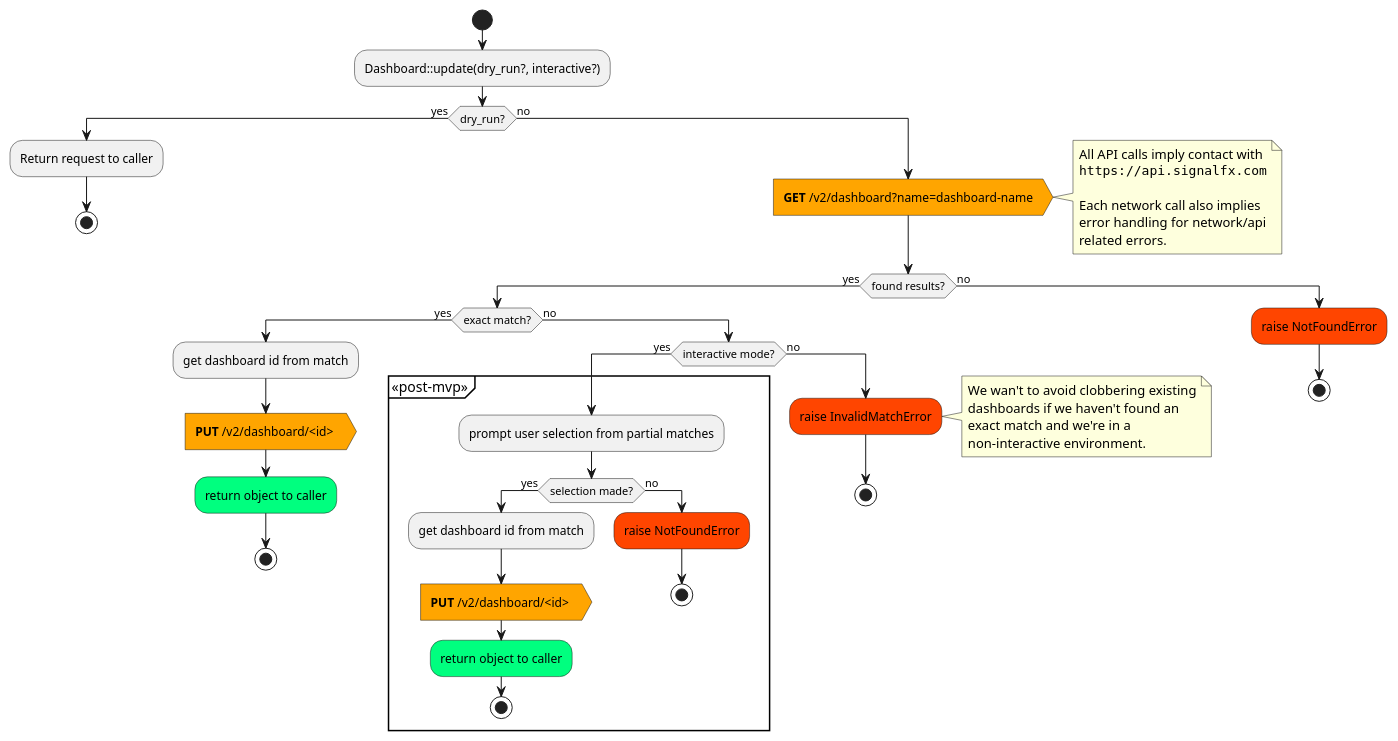
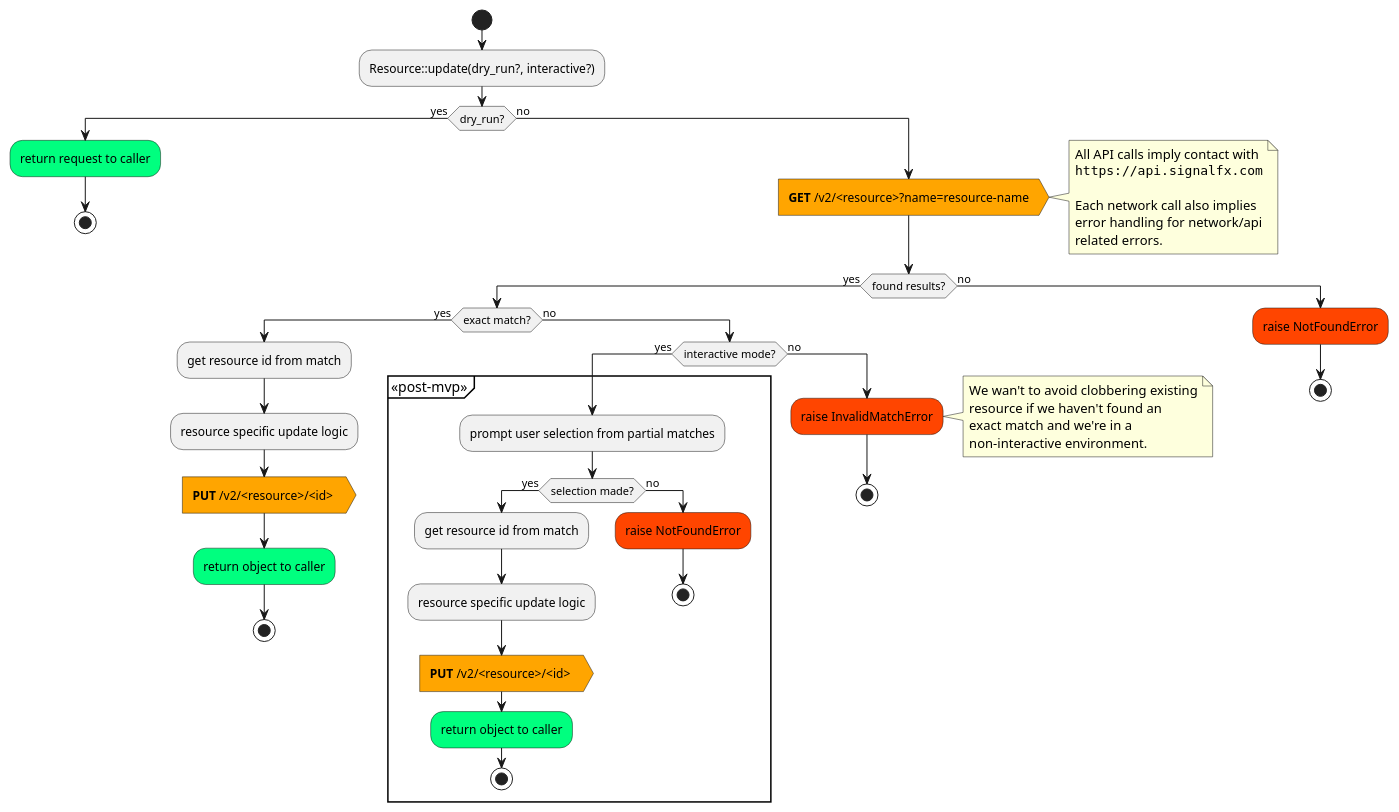
The diagram in docs/activity/resource_update.puml (Nike-Inc/signal_analog), drawn with PlantUML before and after one commit. The commit also changed 1 other file, not shown here.

Commit message:
Update PUML diagrams for resource updates in signal_analog

```diff
--- a/docs/activity/resource_update.puml
+++ b/docs/activity/resource_update.puml
@@ -1,53 +1,55 @@
 @startuml
 start
-  :Dashboard::update(dry_run?, interactive?);
+  :Resource::update(dry_run?, interactive?);
   if (dry_run?) then (yes)
-    :Return request to caller;
+    #SpringGreen:return request to caller;
     stop
   else (no)
-    #Orange:**GET** /v2/dashboard?name=dashboard-name>
+    #Orange:**GET** /v2/<resource>?name=resource-name>
     note right
       All API calls imply contact with
       ""https://api.signalfx.com""
 
       Each network call also implies
       error handling for network/api
       related errors.
     end note
     if (found results?) then (yes)
       if (exact match?) then (yes)
-        :get dashboard id from match;
-        #Orange:**PUT** /v2/dashboard/<id> >
+        :get resource id from match;
+        :resource specific update logic;
+        #Orange:**PUT** /v2/<resource>/<id> >
         #SpringGreen:return object to caller;
         stop
       else (no)
         if (interactive mode?) then (yes)
           partition («post-mvp») {
             :prompt user selection from partial matches;
             if (selection made?) then (yes)
-              :get dashboard id from match;
-              #Orange:**PUT** /v2/dashboard/<id> >
+              :get resource id from match;
+              :resource specific update logic;
+              #Orange:**PUT** /v2/<resource>/<id> >
               #SpringGreen:return object to caller;
               stop
             else (no)
               #OrangeRed:raise NotFoundError;
               stop
             endif
           }
         else (no)
           #OrangeRed:raise InvalidMatchError;
           note right
             We wan't to avoid clobbering existing
-            dashboards if we haven't found an
+            resource if we haven't found an
             exact match and we're in a
             non-interactive environment.
           end note
           stop
         endif
       endif
     else (no)
       #OrangeRed:raise NotFoundError;
       stop
     endif
   endif
 @enduml
```
